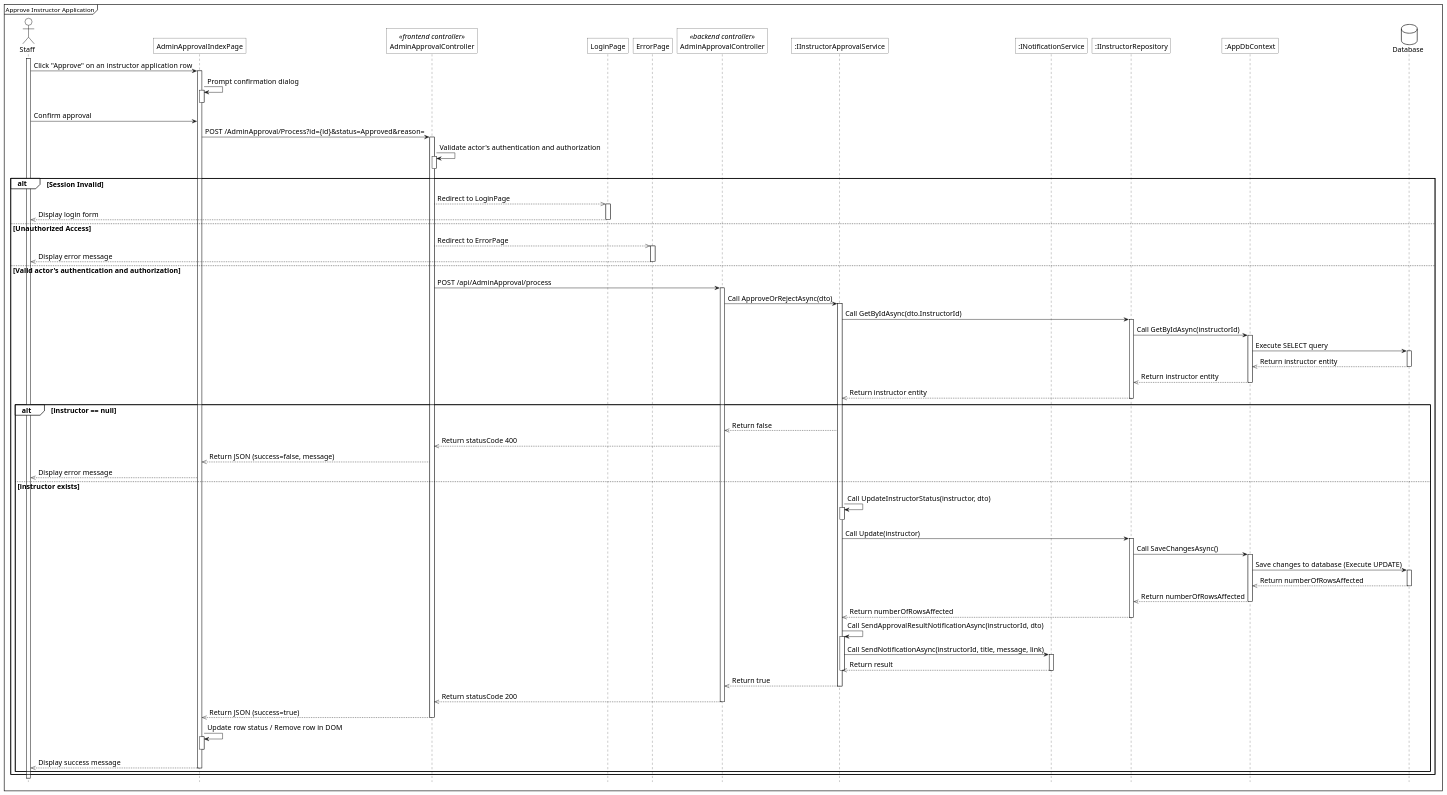
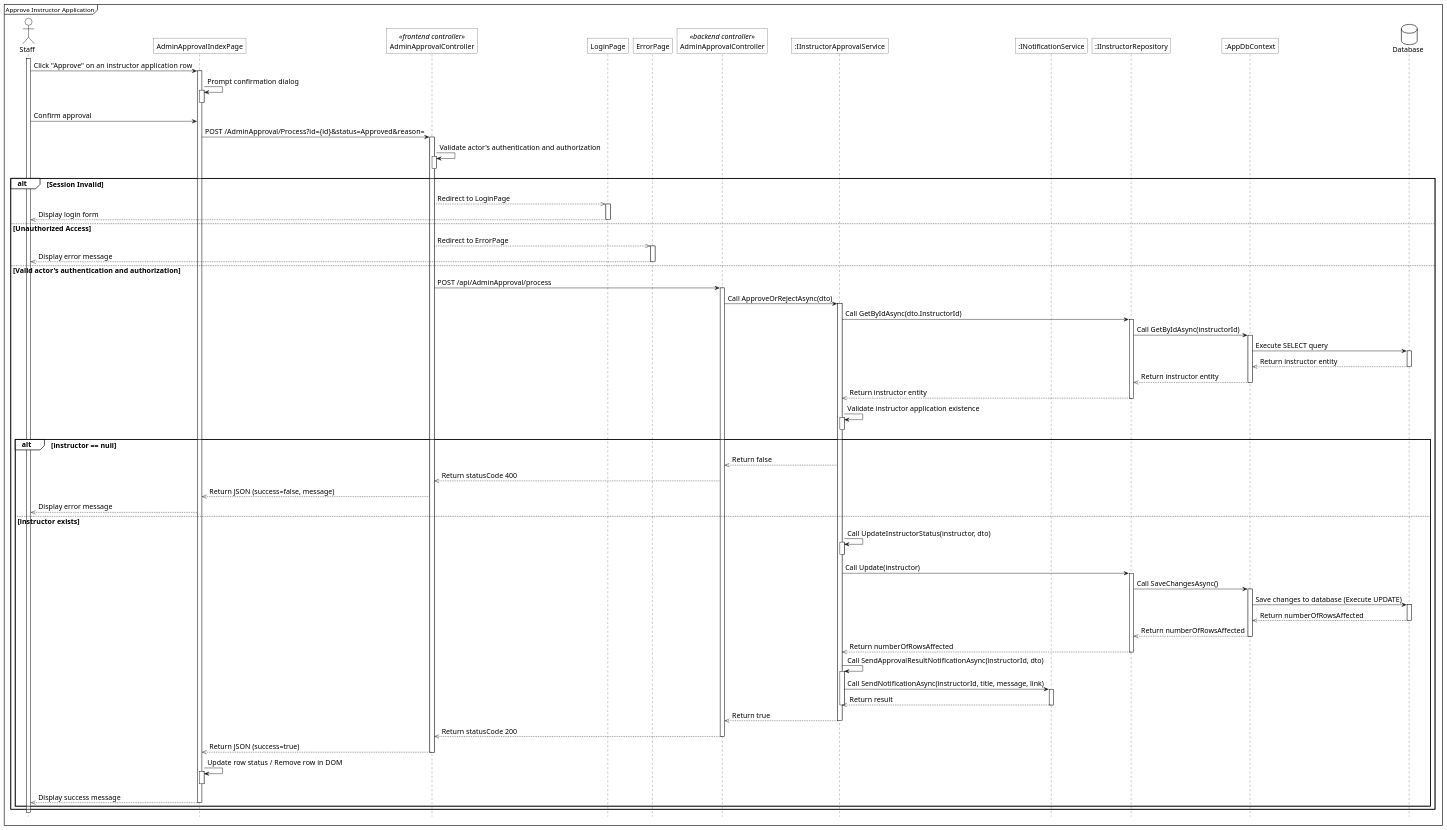
The diagram in diagrams/sequence/manage_instructor_applications/sq_approve_instructor_application.plantuml (1000do/Linked), drawn with PlantUML before and after one commit. The commit also changed 19 other files, not shown here.

Commit message:
docs: add plantuml sequence diagrams for chat, notification, instructor application, and cart workflows

```diff
--- a/diagrams/sequence/manage_instructor_applications/sq_approve_instructor_application.plantuml
+++ b/diagrams/sequence/manage_instructor_applications/sq_approve_instructor_application.plantuml
@@ -1,113 +1,116 @@
 @startuml
 <style>
     sequenceDiagram{
         FontSize 16
 
         arrow {
             ' Set the maximum width of the text on arrows
             MaximumWidth 300
 
         }
         actor{
             BackgroundColor white
             LineThickness 1.0
         }
         participant{
             BackgroundColor white
             RoundCorner 0
         }
         database{
             BackgroundColor white
         }
         groupHeader{
             BackgroundColor white
         }
         referenceHeader{
             BackgroundColor white
         }
         reference{
             BackgroundColor white
         }
     }
 </style>
 
 hide footbox
 
 mainframe Approve Instructor Application
 
 actor Staff as act
 participant "AdminApprovalIndexPage" as view
 participant "AdminApprovalController" as fe_ctrl <<frontend controller>>
 participant "LoginPage" as login_view
 participant "ErrorPage" as error_view
 participant "AdminApprovalController" as be_ctrl <<backend controller>>
 participant ":IInstructorApprovalService" as sv
 participant ":INotificationService" as noti_sv
 participant ":IInstructorRepository" as repo
 participant ":AppDbContext" as ctx
 database Database as db
 
 act ++
 act -> view++: Click "Approve" on an instructor application row
 view -> view++: Prompt confirmation dialog
 view --
 
 act -> view: Confirm approval
 view -> fe_ctrl++: POST /AdminApproval/Process?id={id}&status=Approved&reason=
 
 fe_ctrl -> fe_ctrl++: Validate actor's authentication and authorization
 fe_ctrl--
 
 alt Session Invalid
     fe_ctrl -->> login_view: Redirect to LoginPage
     activate login_view
     login_view -->> act--: Display login form
 else Unauthorized Access
     fe_ctrl -->> error_view: Redirect to ErrorPage
     activate error_view
     error_view -->> act--: Display error message
 else Valid actor's authentication and authorization
     fe_ctrl -> be_ctrl++: POST /api/AdminApproval/process
 
 be_ctrl -> sv++: Call ApproveOrRejectAsync(dto)
 sv -> repo++: Call GetByIdAsync(dto.InstructorId)
 repo -> ctx++: Call GetByIdAsync(instructorId)
 ctx -> db++: Execute SELECT query
 
 db -->> ctx--: Return instructor entity
 ctx -->> repo--: Return instructor entity
 repo -->> sv--: Return instructor entity
 
+sv -> sv++: Validate instructor application existence
+sv--
+
 alt instructor == null
     sv -->> be_ctrl: Return false
     be_ctrl -->> fe_ctrl: Return statusCode 400
     fe_ctrl -->> view: Return JSON (success=false, message)
     view -->> act: Display error message
 else instructor exists
     sv -> sv++: Call UpdateInstructorStatus(instructor, dto)
     sv --
     
     sv -> repo++: Call Update(instructor)
     
     repo -> ctx++: Call SaveChangesAsync()
     ctx -> db++: Save changes to database (Execute UPDATE)
     db -->> ctx--: Return numberOfRowsAffected
     ctx -->> repo--: Return numberOfRowsAffected
     repo -->> sv--: Return numberOfRowsAffected
     
     sv -> sv++: Call SendApprovalResultNotificationAsync(instructorId, dto)
     sv -> noti_sv++: Call SendNotificationAsync(instructorId, title, message, link)
     noti_sv -->> sv--: Return result
     sv --
     
     sv -->> be_ctrl--: Return true
     be_ctrl -->> fe_ctrl--: Return statusCode 200
     fe_ctrl -->> view--: Return JSON (success=true)
     
     view -> view++: Update row status / Remove row in DOM
     view --
     view -->> act--: Display success message
 end
 end
 
 @enduml
```
